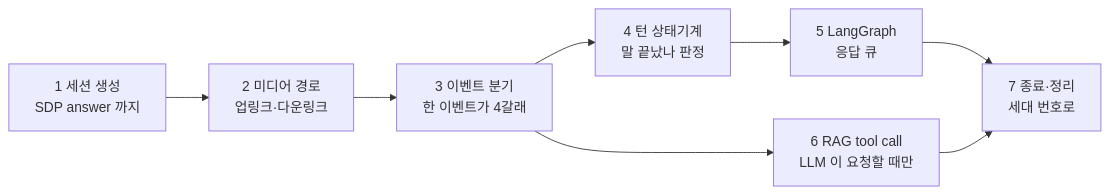
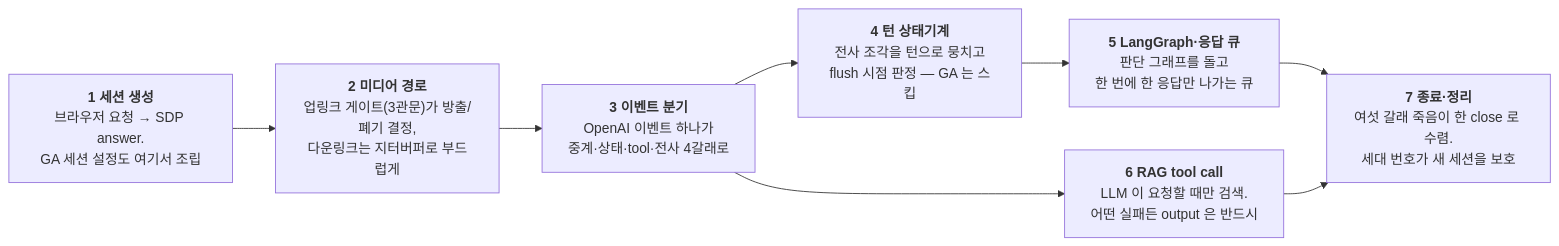
One commit to yeotaeho/asadal_obsidian changed the first of 7 diagrams in 아사달/프로젝트/AI음성/AI음성 - 런타임 플로우.md. Above: the diagram before and after it, drawn with Mermaid. The commit also changed other lines of this file and 21 other files, not shown here.

````diff
--- a/아사달/프로젝트/AI음성/AI음성 - 런타임 플로우.md
+++ b/아사달/프로젝트/AI음성/AI음성 - 런타임 플로우.md
@@ -19,10 +23,10 @@
 ```mermaid
 flowchart LR
-    A["1 세션 생성<br/>SDP answer 까지"] --> B["2 미디어 경로<br/>업링크·다운링크"]
-    B --> C["3 이벤트 분기<br/>한 이벤트가 4갈래"]
-    C --> D["4 턴 상태기계<br/>말 끝났나 판정"]
-    D --> E["5 LangGraph<br/>응답 큐"]
-    C --> F["6 RAG tool call<br/>LLM 이 요청할 때만"]
-    E --> G["7 종료·정리<br/>세대 번호로"]
+    A["<b>1 세션 생성</b><br/>브라우저 요청 → SDP answer.<br/>GA 세션 설정도 여기서 조립"] --> B["<b>2 미디어 경로</b><br/>업링크 게이트(3관문)가 방출/폐기 결정,<br/>다운링크는 지터버퍼로 부드럽게"]
+    B --> C["<b>3 이벤트 분기</b><br/>OpenAI 이벤트 하나가<br/>중계·상태·tool·전사 4갈래로"]
+    C --> D["<b>4 턴 상태기계</b><br/>전사 조각을 턴으로 뭉치고<br/>flush 시점 판정 — GA 는 스킵"]
+    D --> E["<b>5 LangGraph·응답 큐</b><br/>판단 그래프를 돌고<br/>한 번에 한 응답만 나가는 큐"]
+    C --> F["<b>6 RAG tool call</b><br/>LLM 이 요청할 때만 검색.<br/>어떤 실패든 output 은 반드시"]
+    E --> G["<b>7 종료·정리</b><br/>여섯 갈래 죽음이 한 close 로 수렴.<br/>세대 번호가 새 세션을 보호"]
     F --> G
 ```
````
